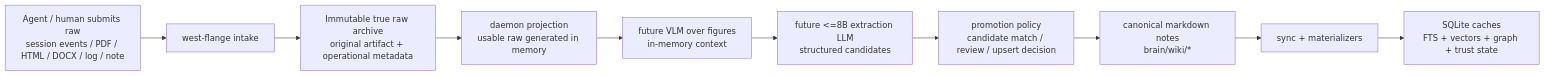
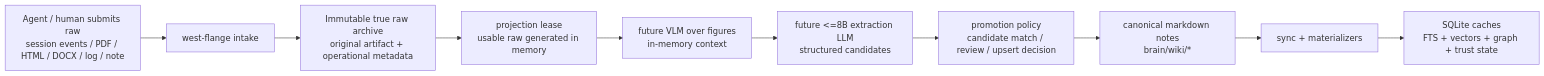
One commit to Jianyu010/MnemonicOS changed the third of 6 diagrams in README.md. Above: the diagram before and after it, drawn with Mermaid. The commit also changed other lines of this file and 13 other files, not shown here.

````diff
--- a/README.md
+++ b/README.md
@@ -64,12 +66,12 @@
 ```mermaid
 flowchart LR
     A["Agent / human submits raw<br/>session events / PDF / HTML / DOCX / log / note"] --> B["west-flange intake"]
     B --> C["Immutable true raw archive<br/>original artifact + operational metadata"]
-    C --> D["daemon projection<br/>usable raw generated in memory"]
+    C --> D["projection lease<br/>usable raw generated in memory"]
     D --> E["future VLM over figures<br/>in-memory context"]
     E --> F["future <=8B extraction LLM<br/>structured candidates"]
     F --> G["promotion policy<br/>candidate match / review / upsert decision"]
     G --> H["canonical markdown notes<br/>brain/wiki/*"]
     H --> I["sync + materializers"]
     I --> J["SQLite caches<br/>FTS + vectors + graph + trust state"]
 ```
````
